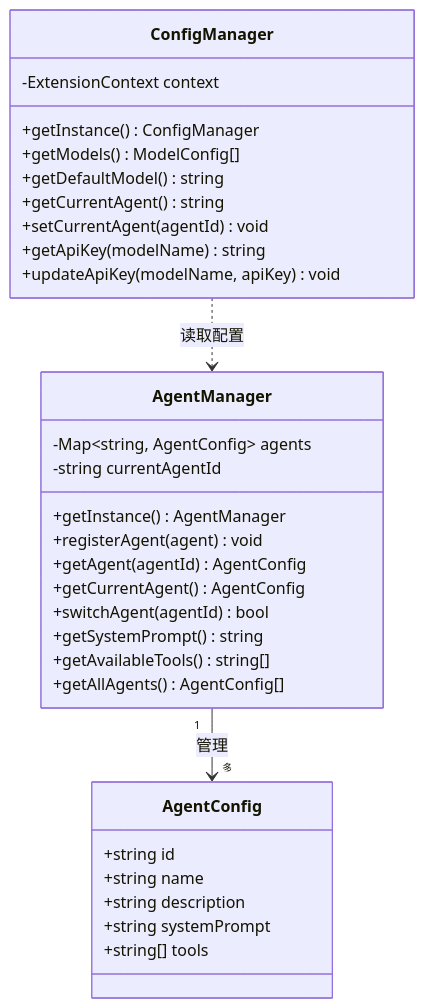
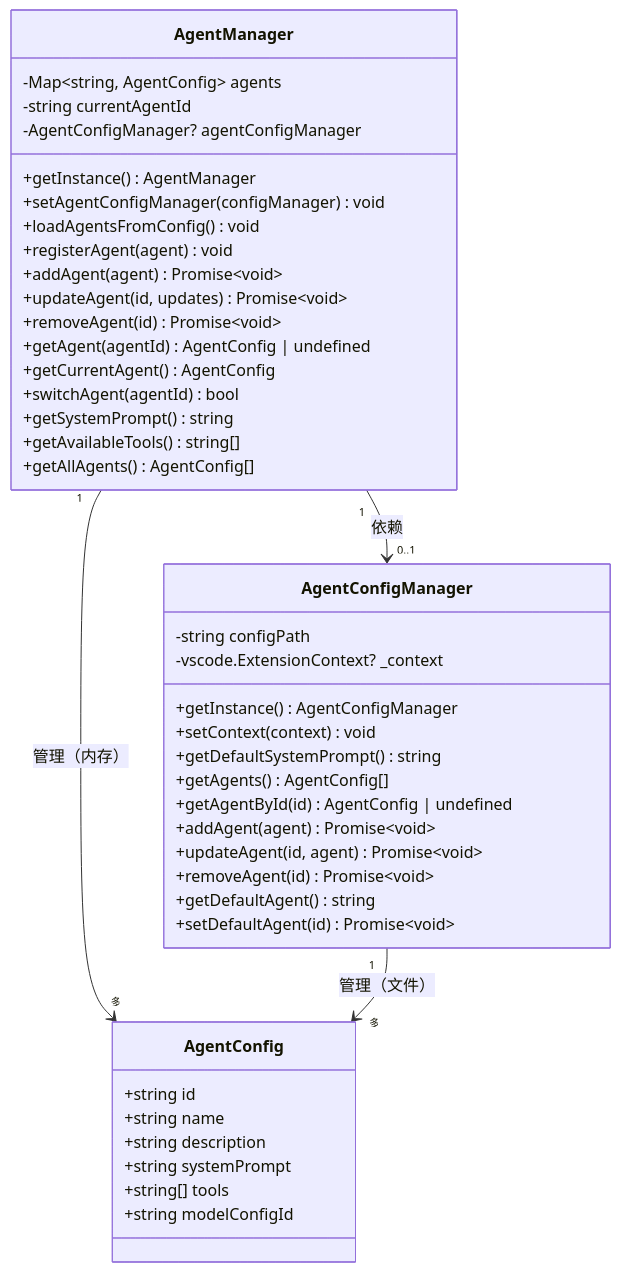
Before and after one commit to Leonardo-lijianan/ai-agent-leobot: the fifth of 10 diagrams in docs/现实情况.md, drawn with Mermaid. The commit also changed other lines of this file and 25 other files, not shown here.

````diff
--- a/docs/现实情况.md
+++ b/docs/现实情况.md
@@ -184,37 +288,49 @@
 ```mermaid
 classDiagram
     class AgentManager {
         -Map~string, AgentConfig~ agents
         -string currentAgentId
+        -AgentConfigManager? agentConfigManager
         +getInstance() AgentManager
+        +setAgentConfigManager(configManager) void
+        +loadAgentsFromConfig() void
         +registerAgent(agent) void
-        +getAgent(agentId) AgentConfig
+        +addAgent(agent) Promise~void~
+        +updateAgent(id, updates) Promise~void~
+        +removeAgent(id) Promise~void~
+        +getAgent(agentId) AgentConfig | undefined
         +getCurrentAgent() AgentConfig
         +switchAgent(agentId) bool
         +getSystemPrompt() string
         +getAvailableTools() string[]
         +getAllAgents() AgentConfig[]
+    }
+    
+    class AgentConfigManager {
+        -string configPath
+        -vscode.ExtensionContext? _context
+        +getInstance() AgentConfigManager
+        +setContext(context) void
+        +getDefaultSystemPrompt() string
+        +getAgents() AgentConfig[]
+        +getAgentById(id) AgentConfig | undefined
+        +addAgent(agent) Promise~void~
+        +updateAgent(id, agent) Promise~void~
+        +removeAgent(id) Promise~void~
+        +getDefaultAgent() string
+        +setDefaultAgent(id) Promise~void~
     }
     
     class AgentConfig {
         +string id
         +string name
         +string description
         +string systemPrompt
         +string[] tools
+        +string modelConfigId
     }
     
-    class ConfigManager {
-        -ExtensionContext context
-        +getInstance() ConfigManager
-        +getModels() ModelConfig[]
-        +getDefaultModel() string
-        +getCurrentAgent() string
-        +setCurrentAgent(agentId) void
-        +getApiKey(modelName) string
-        +updateApiKey(modelName, apiKey) void
-    }
-    
-    AgentManager "1" --> "多" AgentConfig : 管理
-    ConfigManager ..> AgentManager : 读取配置
+    AgentManager "1" --> "0..1" AgentConfigManager : 依赖
+    AgentManager "1" --> "多" AgentConfig : 管理（内存）
+    AgentConfigManager "1" --> "多" AgentConfig : 管理（文件）
 ```
````
